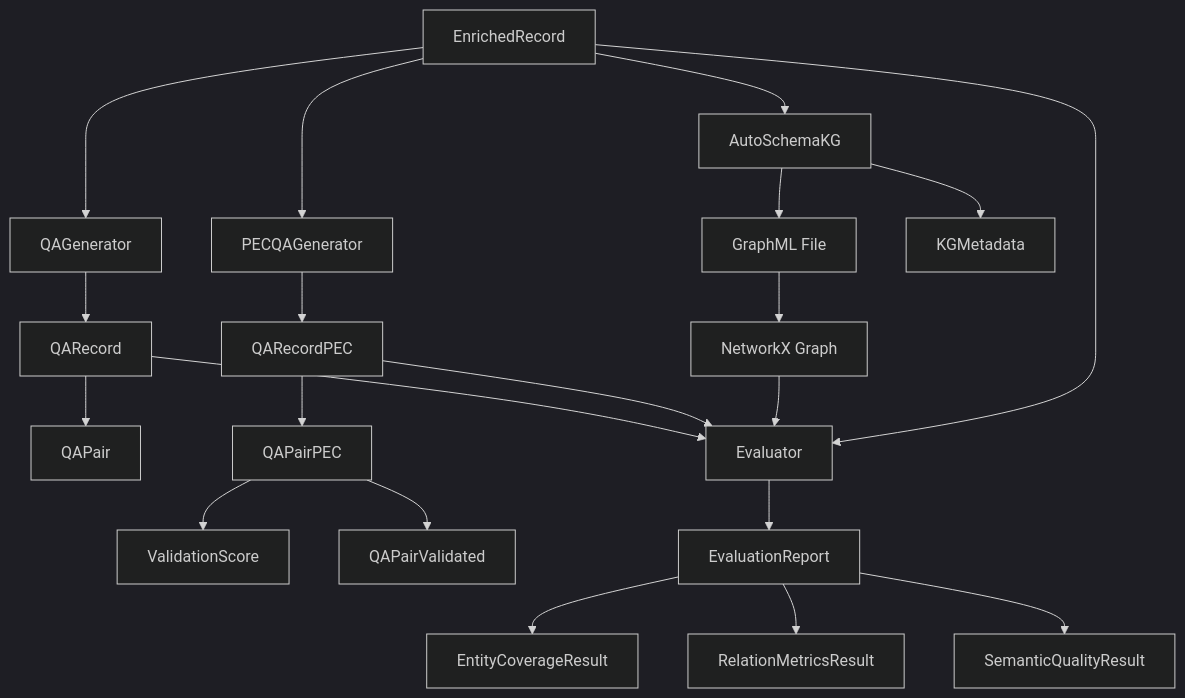
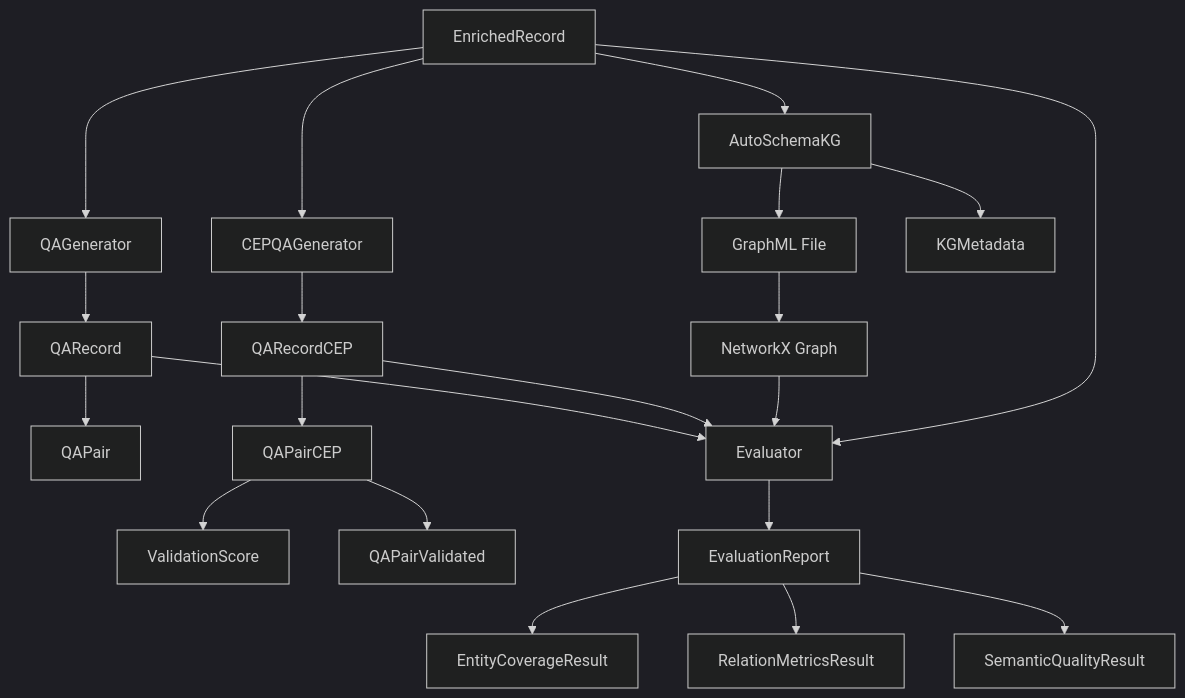
Before and after one commit to FredDsR/arandu: the diagram in docs/development/schemas.md, drawn with Mermaid (dark theme). The commit also changed other lines of this file and 28 other files, not shown here.

First line of the commit message:
refactor: rename PEC acronym to CEP (Cognitive Elicitation Pipeline)

````diff
--- a/docs/development/schemas.md
+++ b/docs/development/schemas.md
@@ -932,27 +932,27 @@
 ```mermaid
 graph TD
     A[EnrichedRecord] --> B[QAGenerator]
     B --> C[QARecord]
     C --> D[QAPair]
 
-    A --> P[PECQAGenerator]
-    P --> Q[QARecordPEC]
-    Q --> R[QAPairPEC]
+    A --> P[CEPQAGenerator]
+    P --> Q[QARecordCEP]
+    Q --> R[QAPairCEP]
     R --> S[ValidationScore]
     R --> T[QAPairValidated]
 
     A --> E[AutoSchemaKG]
     E --> F[GraphML File]
     E --> G[KGMetadata]
 
     F --> H[NetworkX Graph]
 
     C --> I[Evaluator]
     Q --> I
     H --> I
     A --> I
     I --> J[EvaluationReport]
     J --> K[EntityCoverageResult]
     J --> L[RelationMetricsResult]
     J --> M[SemanticQualityResult]
 ```
````
